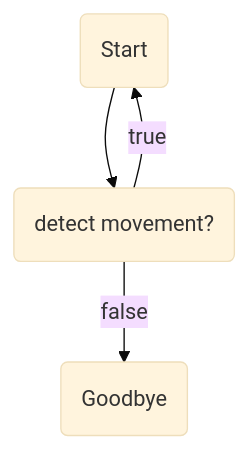
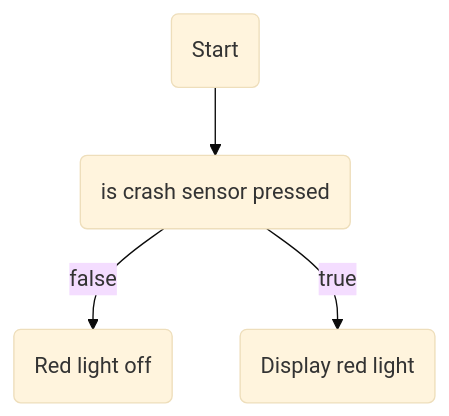
Before and after one commit to Lake-Tuggeranong-College/2023S1-Robotics-LS-SmartToy23: the first of 3 diagrams in logic.md, drawn with Mermaid (base theme). The commit also changed other lines of this file and 3 other files, not shown here.

````diff
--- a/logic.md
+++ b/logic.md
@@ -7,6 +7,6 @@
 ```mermaid
 flowchart TD
-s(Start) --> check(detect movement?)
-check --> |false| G(Goodbye)
-check --> |true| s
+s(Start) --> check(is crash sensor pressed)
+check --> |false| Off(Red light off)
+check --> |true| Red(Display red light)
 ```
````
